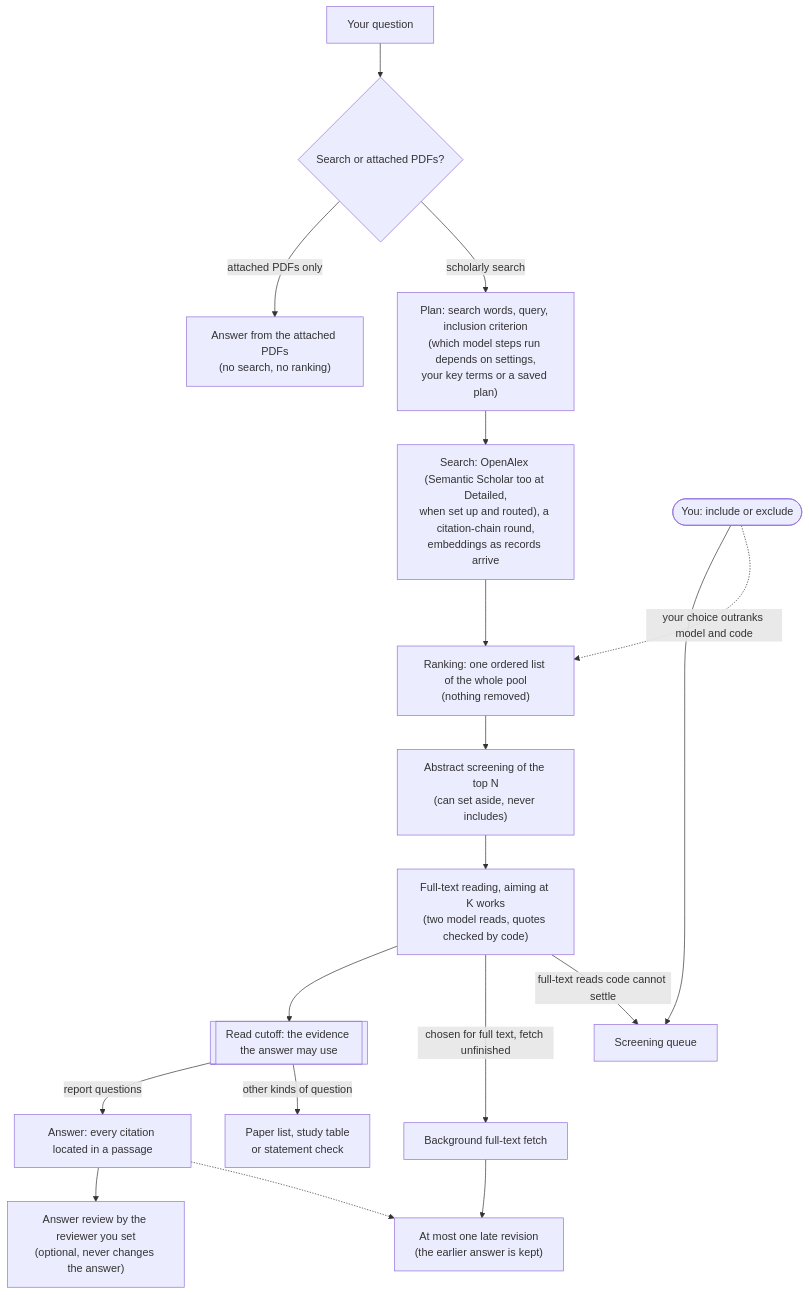
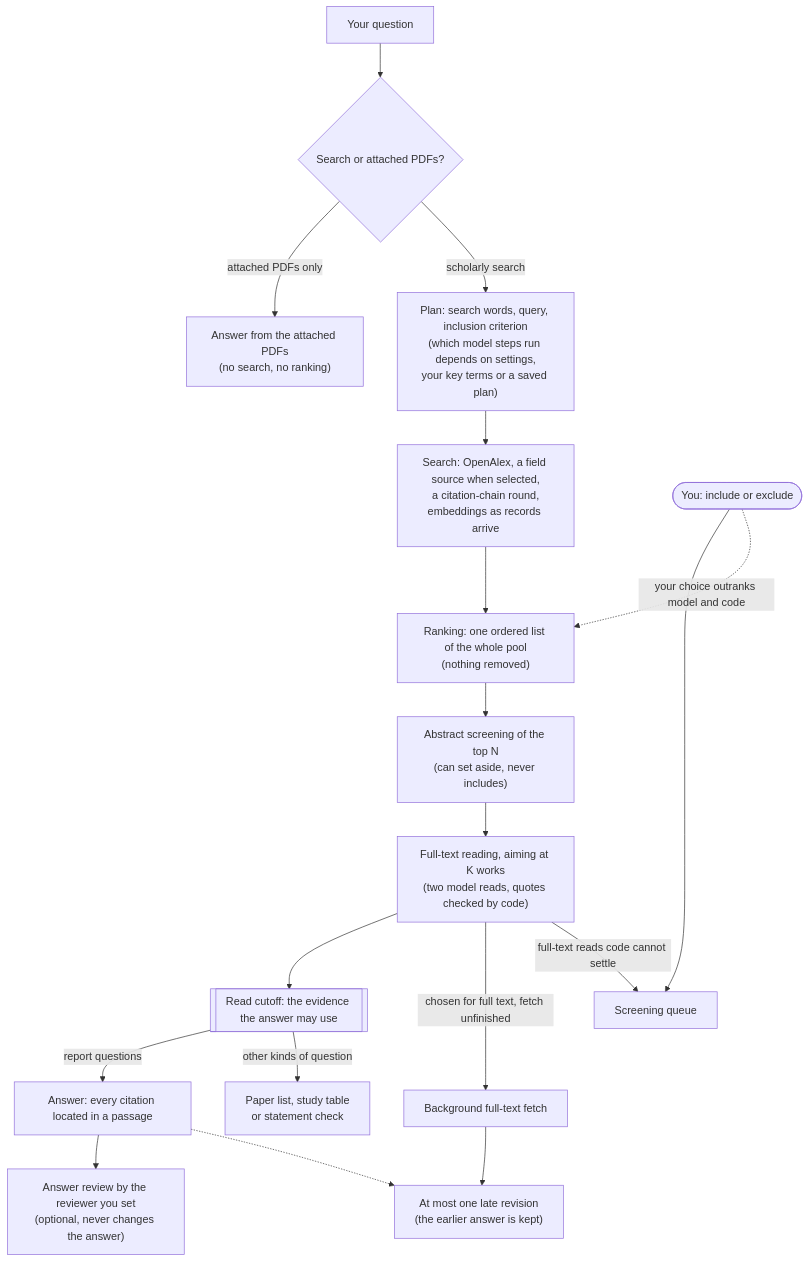
One commit to huguryildiz/DEIXIS changed the first of 2 diagrams in docs/search.md. Above: the diagram before and after it, drawn with Mermaid. The commit also changed other lines of this file and 43 other files, not shown here.

````diff
--- a/docs/search.md
+++ b/docs/search.md
@@ -7,20 +7,20 @@
 ```mermaid
 flowchart TD
     Q["Your question"] --> SCOPE{"Search or attached PDFs?"}
     SCOPE -->|"attached PDFs only"| ATT["Answer from the attached PDFs<br/>(no search, no ranking)"]
     SCOPE -->|"scholarly search"| PLAN["Plan: search words, query, inclusion criterion<br/>(which model steps run depends on settings,<br/>your key terms or a saved plan)"]
-    PLAN --> SEARCH["Search: OpenAlex (Semantic Scholar too at Detailed,<br/>when set up and routed), a citation-chain round,<br/>embeddings as records arrive"]
+    PLAN --> SEARCH["Search: OpenAlex, a field source when selected,<br/>a citation-chain round,<br/>embeddings as records arrive"]
     SEARCH --> RANK["Ranking: one ordered list of the whole pool<br/>(nothing removed)"]
     RANK --> SCREEN["Abstract screening of the top N<br/>(can set aside, never includes)"]
     SCREEN --> FT["Full-text reading, aiming at K works<br/>(two model reads, quotes checked by code)"]
     FT --> CUT[["Read cutoff: the evidence the answer may use"]]
     CUT -->|"report questions"| ANS["Answer: every citation located in a passage"]
     CUT -->|"other kinds of question"| OTHER["Paper list, study table<br/>or statement check"]
     ANS --> REV["Answer review by the reviewer you set<br/>(optional, never changes the answer)"]
     FT -->|"chosen for full text, fetch unfinished"| BG["Background full-text fetch"]
     BG --> LATE["At most one late revision<br/>(the earlier answer is kept)"]
     ANS -.-> LATE
     FT -->|"full-text reads code cannot settle"| QUEUE["Screening queue"]
     YOU(["You: include or exclude"]) --> QUEUE
     YOU -.->|"your choice outranks model and code"| RANK
 ```
````
